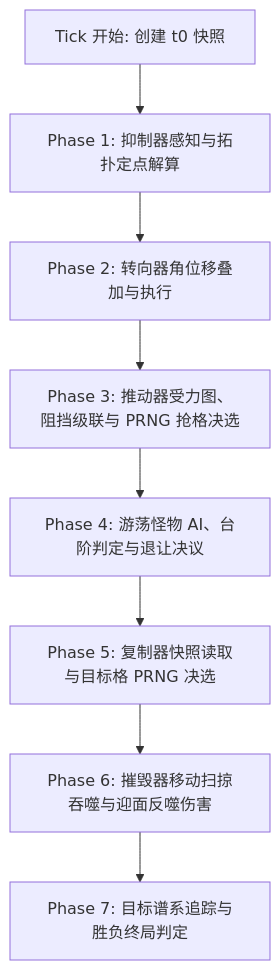
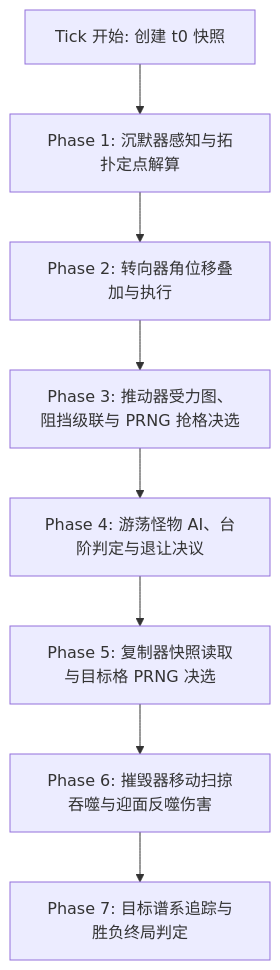
The diagram in rules.md (LeeMeowww/26octgamejam_builder), drawn with Mermaid before and after one commit. The commit also changed other lines of this file and 19 other files, not shown here.

````diff
--- a/rules.md
+++ b/rules.md
@@ -174,10 +174,10 @@
 ```mermaid
 flowchart TD
-    A[Tick 开始: 创建 t0 快照] --> B[Phase 1: 抑制器感知与拓扑定点解算]
+    A[Tick 开始: 创建 t0 快照] --> B[Phase 1: 沉默器感知与拓扑定点解算]
     B --> C[Phase 2: 转向器角位移叠加与执行]
     C --> D[Phase 3: 推动器受力图、阻挡级联与 PRNG 抢格决选]
     D --> E[Phase 4: 游荡怪物 AI、台阶判定与退让决议]
     E --> F[Phase 5: 复制器快照读取与目标格 PRNG 决选]
     F --> G[Phase 6: 摧毁器移动扫掠吞噬与迎面反噬伤害]
     G --> H[Phase 7: 目标谱系追踪与胜负终局判定]
 ```
````
